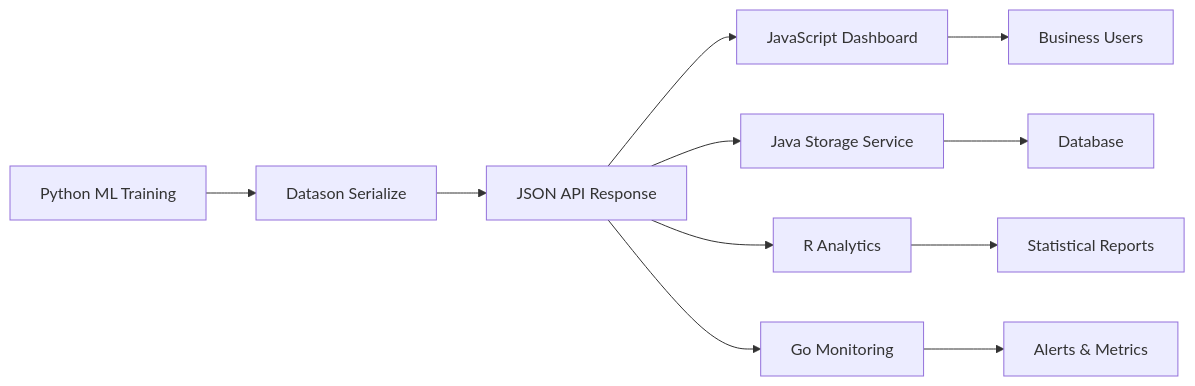
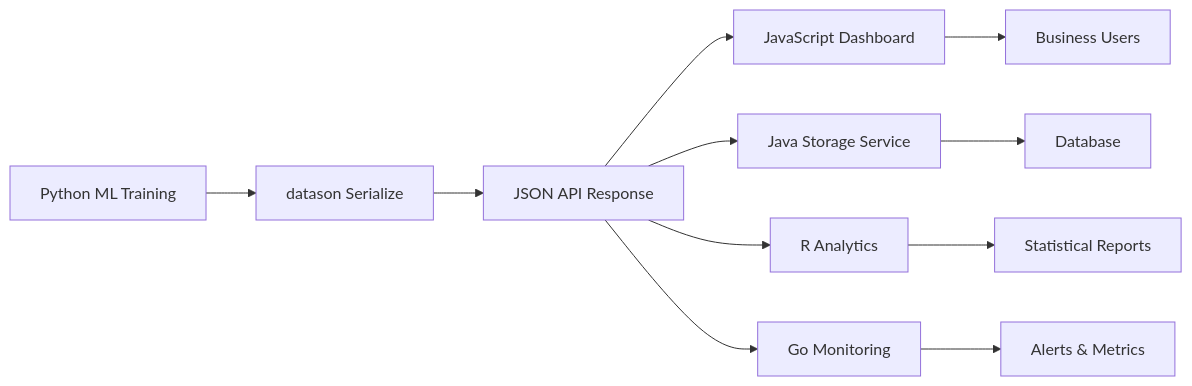
One commit to danielendler/datason changed the diagram in docs/AI_USAGE_GUIDE.md. Above: the diagram before and after it, drawn with Mermaid. The commit also changed other lines of this file and 55 other files, not shown here.

````diff
--- a/docs/AI_USAGE_GUIDE.md
+++ b/docs/AI_USAGE_GUIDE.md
@@ -257,14 +257,14 @@
 ```mermaid
 graph LR
-    A[Python ML Training] --> B[Datason Serialize]
+    A[Python ML Training] --> B[datason Serialize]
     B --> C[JSON API Response]
     C --> D[JavaScript Dashboard]
     C --> E[Java Storage Service]
     C --> F[R Analytics]
     C --> G[Go Monitoring]
 
     D --> H[Business Users]
     E --> I[Database]
     F --> J[Statistical Reports]
     G --> K[Alerts & Metrics]
 ```
````
